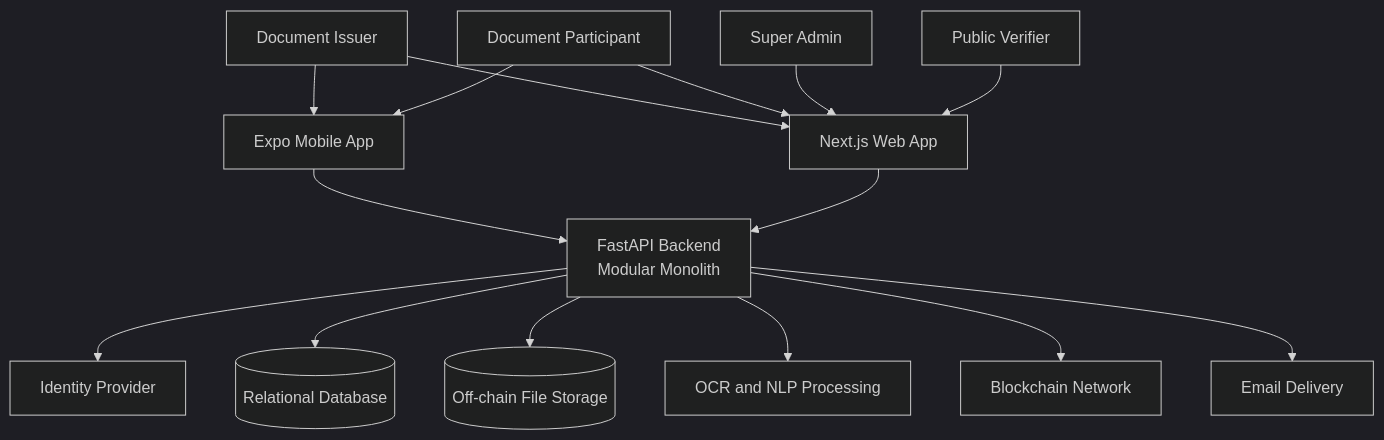
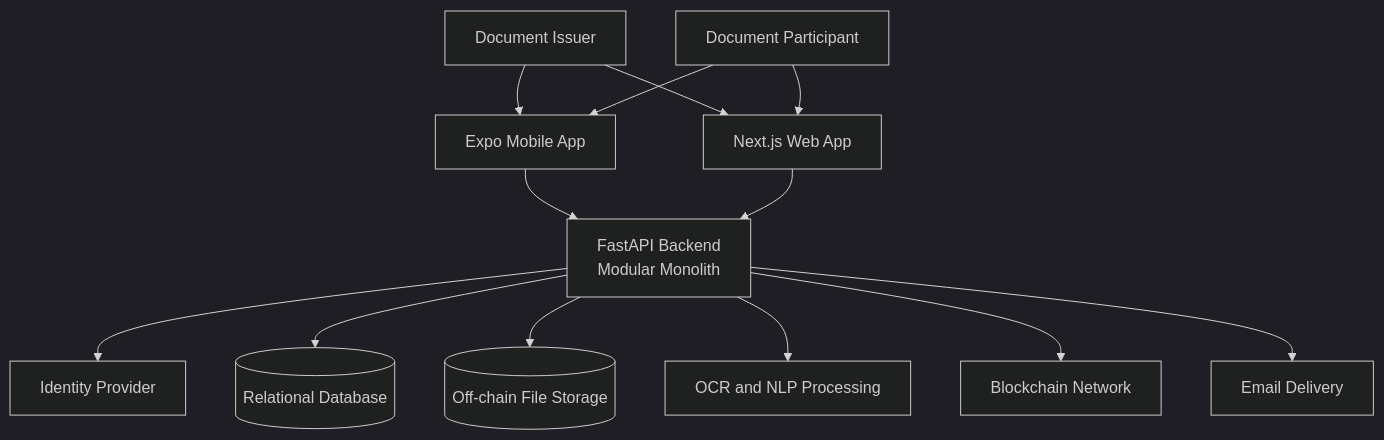
The first of 2 diagrams in docs/LEXCHAIN-TARGET-SYSTEM-ARCHITECTURE.md (agustinelumandong/LexChain), drawn with Mermaid (dark theme) before and after one commit. The commit also changed other lines of this file and 6 other files, not shown here.

````diff
--- a/docs/LEXCHAIN-TARGET-SYSTEM-ARCHITECTURE.md
+++ b/docs/LEXCHAIN-TARGET-SYSTEM-ARCHITECTURE.md
@@ -193,35 +196,31 @@
 ```mermaid
 flowchart TB
   Issuer[Document Issuer]
   Participant[Document Participant]
-  Admin[Super Admin]
-  Public[Public Verifier]
 
   Mobile[Expo Mobile App]
   Web[Next.js Web App]
   API[FastAPI Backend<br/>Modular Monolith]
 
   Identity[Identity Provider]
   DB[(Relational Database)]
   Storage[(Off-chain File Storage)]
   Processing[OCR and NLP Processing]
   Chain[Blockchain Network]
   Email[Email Delivery]
 
   Issuer --> Mobile
   Issuer --> Web
   Participant --> Mobile
   Participant --> Web
-  Admin --> Web
-  Public --> Web
 
   Mobile --> API
   Web --> API
 
   API --> Identity
   API --> DB
   API --> Storage
   API --> Processing
   API --> Chain
   API --> Email
 ```
````
